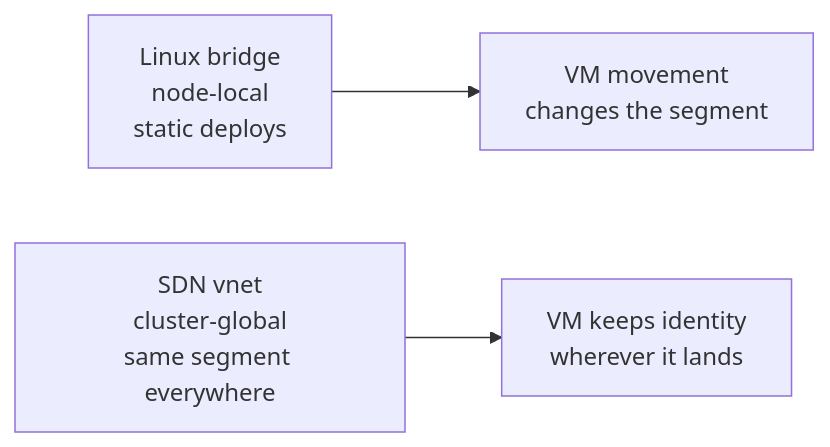
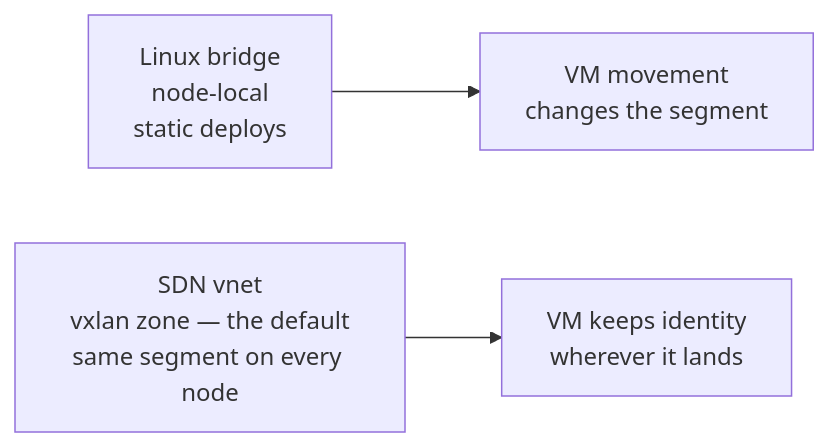
The first of 3 diagrams in docs/presentations/architecture/07-portable-networks.md (fivetwenty-io/bosh-proxmox-cpi-release), drawn with Mermaid before and after one commit. The commit also changed other lines of this file and 1 other file, not shown here.

Commit message:
docs: correct zone-type reach and route-injection claims in chapter 7

````diff
--- a/docs/presentations/architecture/07-portable-networks.md
+++ b/docs/presentations/architecture/07-portable-networks.md
@@ -21,5 +21,5 @@
 ```mermaid
 flowchart LR
     B["Linux bridge<br/>node-local<br/>static deploys"] --> C["VM movement<br/>changes the segment"]
-    V["SDN vnet<br/>cluster-global<br/>same segment everywhere"] --> P["VM keeps identity<br/>wherever it lands"]
+    V["SDN vnet<br/>vxlan zone — the default<br/>same segment on every node"] --> P["VM keeps identity<br/>wherever it lands"]
 ```
````
